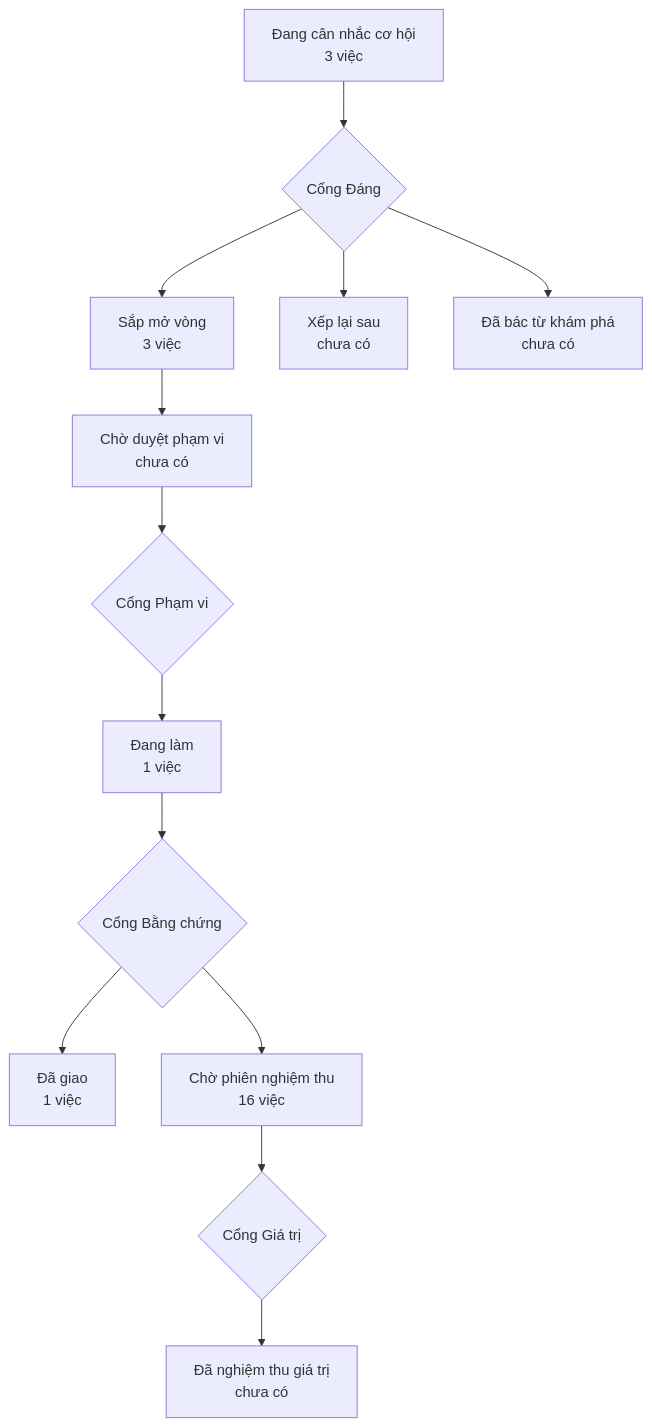
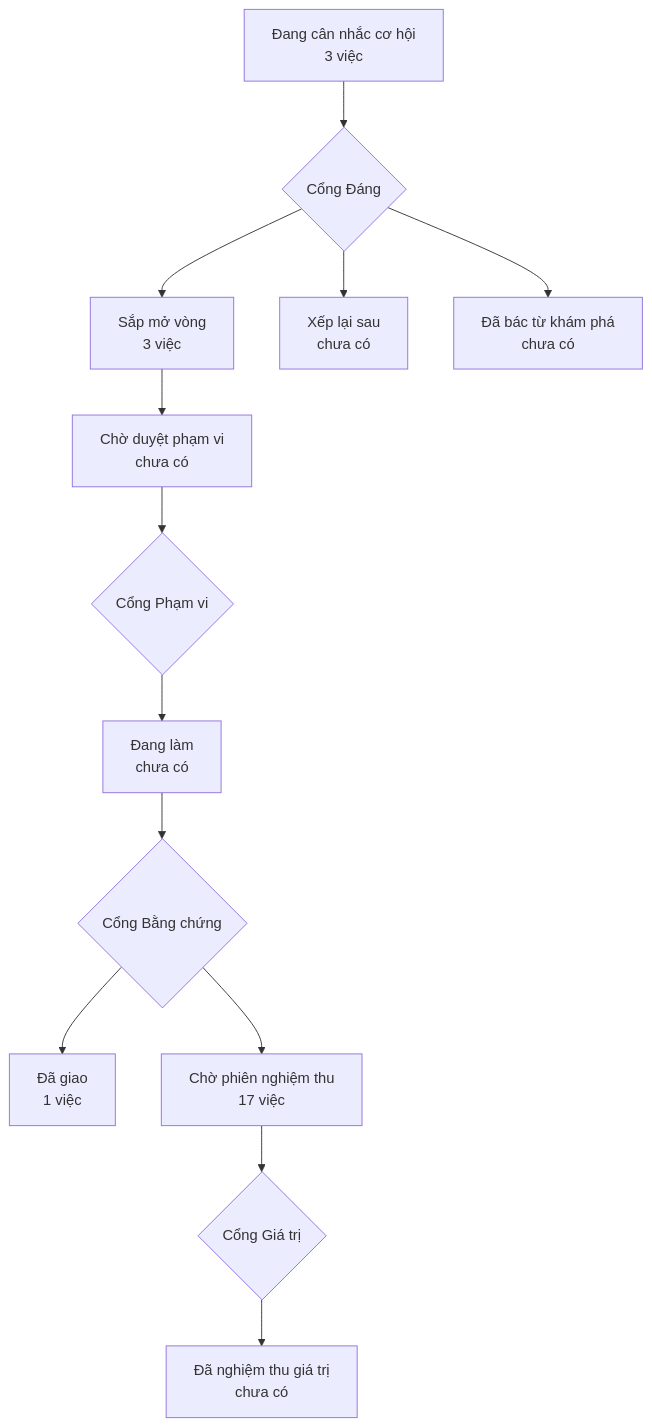
Before and after one commit to phanlemanh/onehub-inventory: the diagram in PRODUCT-MAP.md, drawn with Mermaid. The commit also changed other lines of this file and 4 other files, not shown here.

````diff
--- a/PRODUCT-MAP.md
+++ b/PRODUCT-MAP.md
@@ -7,12 +7,12 @@
 ```mermaid
 flowchart TD
   A["Đang cân nhắc cơ hội<br/>3 việc"] --> GD{"Cổng Đáng"}
   GD --> B["Sắp mở vòng<br/>3 việc"]
   GD --> XL["Xếp lại sau<br/>chưa có"]
   GD --> DB["Đã bác từ khám phá<br/>chưa có"]
   B --> CD["Chờ duyệt phạm vi<br/>chưa có"] --> GP{"Cổng Phạm vi"}
-  GP --> DL["Đang làm<br/>1 việc"] --> GB{"Cổng Bằng chứng"}
+  GP --> DL["Đang làm<br/>chưa có"] --> GB{"Cổng Bằng chứng"}
   GB --> DG["Đã giao<br/>1 việc"]
-  GB --> CN["Chờ phiên nghiệm thu<br/>16 việc"] --> GG{"Cổng Giá trị"}
+  GB --> CN["Chờ phiên nghiệm thu<br/>17 việc"] --> GG{"Cổng Giá trị"}
   GG --> NT["Đã nghiệm thu giá trị<br/>chưa có"]
 ```
````
